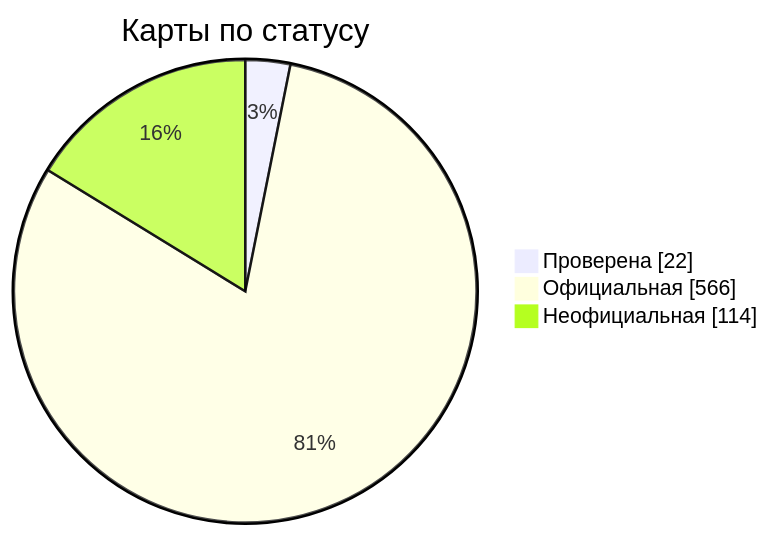
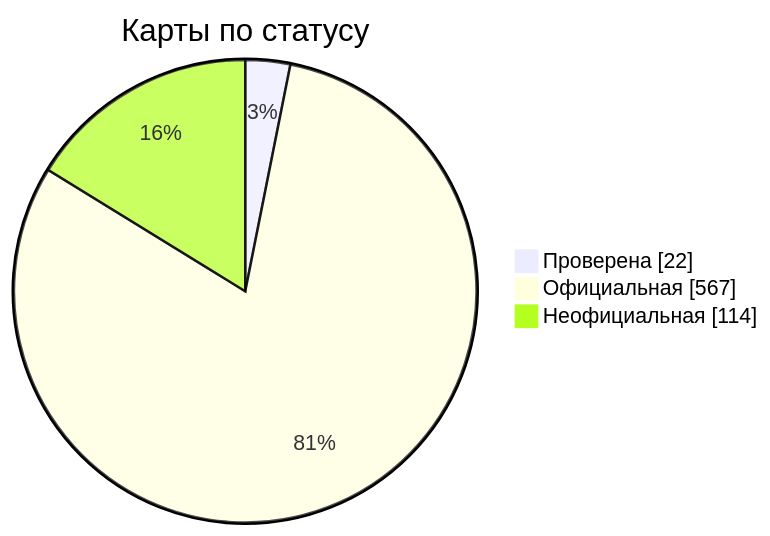
One commit to nobrega8/mbmap-library changed the diagram in docs/readme/README_RU.md. Above: the diagram before and after it, drawn with Mermaid. The commit also changed 6 other files, not shown here.

````diff
--- a/docs/readme/README_RU.md
+++ b/docs/readme/README_RU.md
@@ -54,7 +54,7 @@
 ```mermaid
 pie showData
     title Карты по статусу
     "Проверена" : 22
-    "Официальная" : 566
+    "Официальная" : 567
     "Неофициальная" : 114
 ```
````
